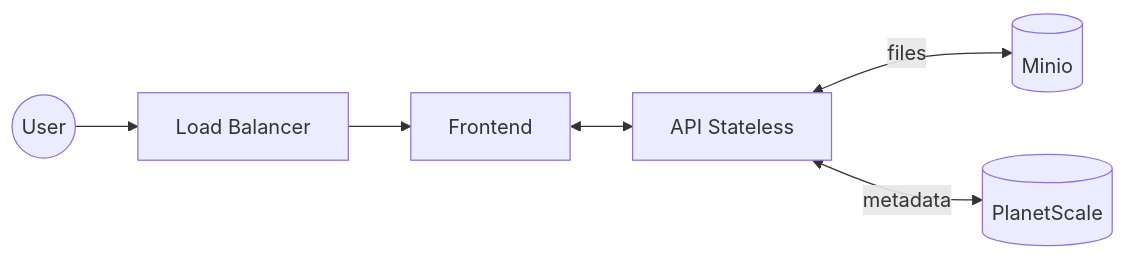
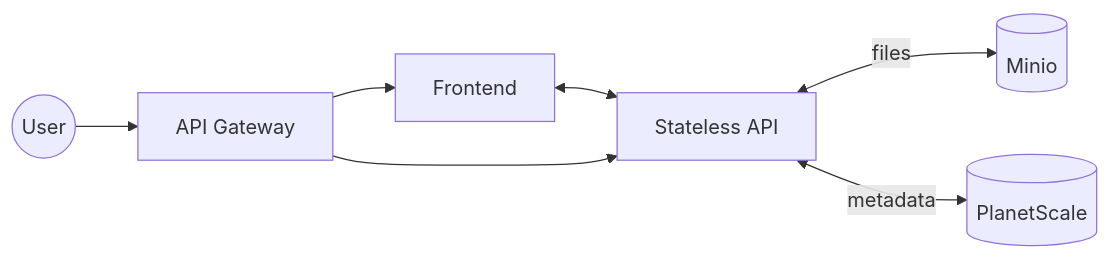
One commit to zesilva15/report-central changed the diagram in README.md. Above: the diagram before and after it, drawn with Mermaid.

Commit message:
Architecture fix

````diff
--- a/README.md
+++ b/README.md
@@ -13,13 +13,14 @@
 ```mermaid
 flowchart LR
     minio[(Minio)]
     planet[(PlanetScale)]
-    api[API Stateless]
-    loadbalancer[Load Balancer]
+    api[Stateless API]
+    loadbalancer[API Gateway]
     frontend[Frontend]
     loadbalancer --> frontend
     frontend <--> api
     api <--> |files| minio
     api <--> |metadata| planet
     user((User)) --> loadbalancer
+    loadbalancer --> api
 ```
````
